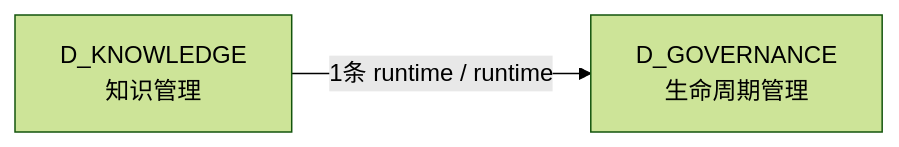
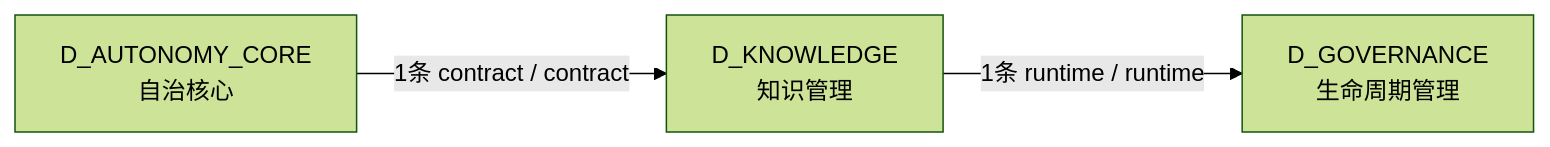
The fourth of 4 diagrams in docs/02_enterprise_architecture/02_domain_architecture_docs/40_d_knowledge.md (xuanFelixVan/ZephyrAlpha), drawn with Mermaid (forest theme) before and after one commit. The commit also changed other lines of this file and 100 other files, not shown here.

````diff
--- a/docs/02_enterprise_architecture/02_domain_architecture_docs/40_d_knowledge.md
+++ b/docs/02_enterprise_architecture/02_domain_architecture_docs/40_d_knowledge.md
@@ -164,6 +172,8 @@
 ```mermaid
 graph LR
     D_KNOWLEDGE["D_KNOWLEDGE<br/>知识管理"]
     D_GOVERNANCE["D_GOVERNANCE<br/>生命周期管理"]
+    D_AUTONOMY_CORE["D_AUTONOMY_CORE<br/>自治核心"]
     D_KNOWLEDGE -->|1条 runtime / runtime| D_GOVERNANCE
+    D_AUTONOMY_CORE -->|1条 contract / contract| D_KNOWLEDGE
 ```
````
